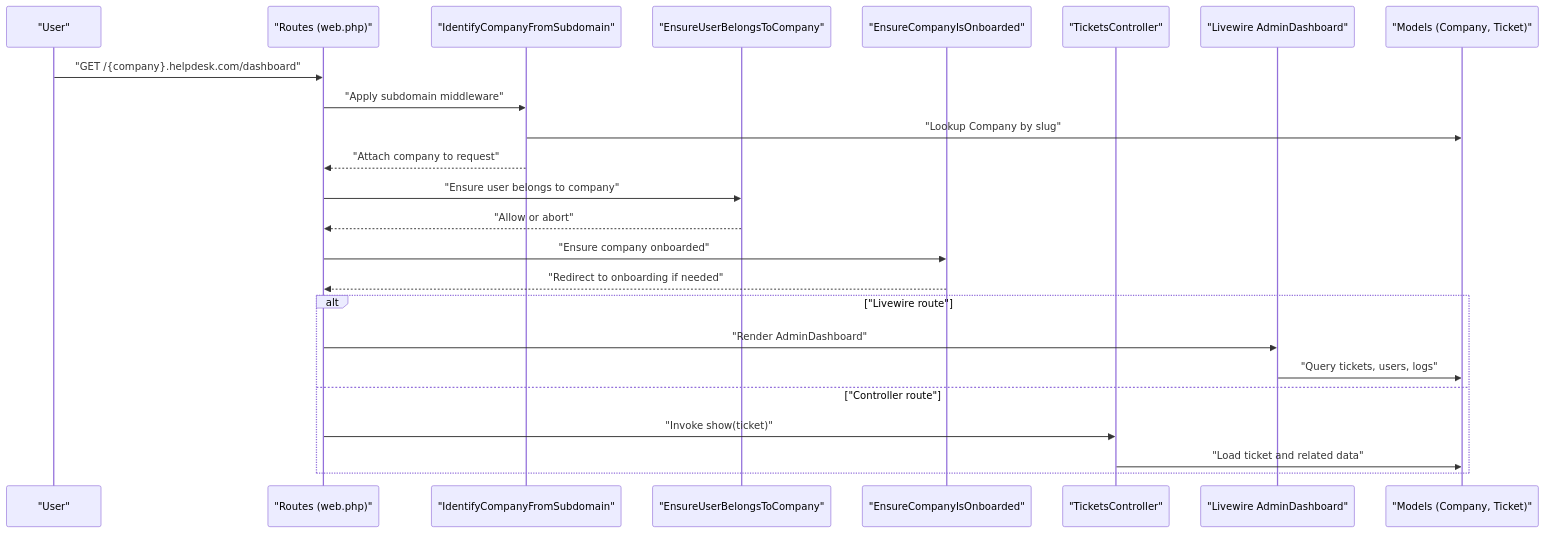
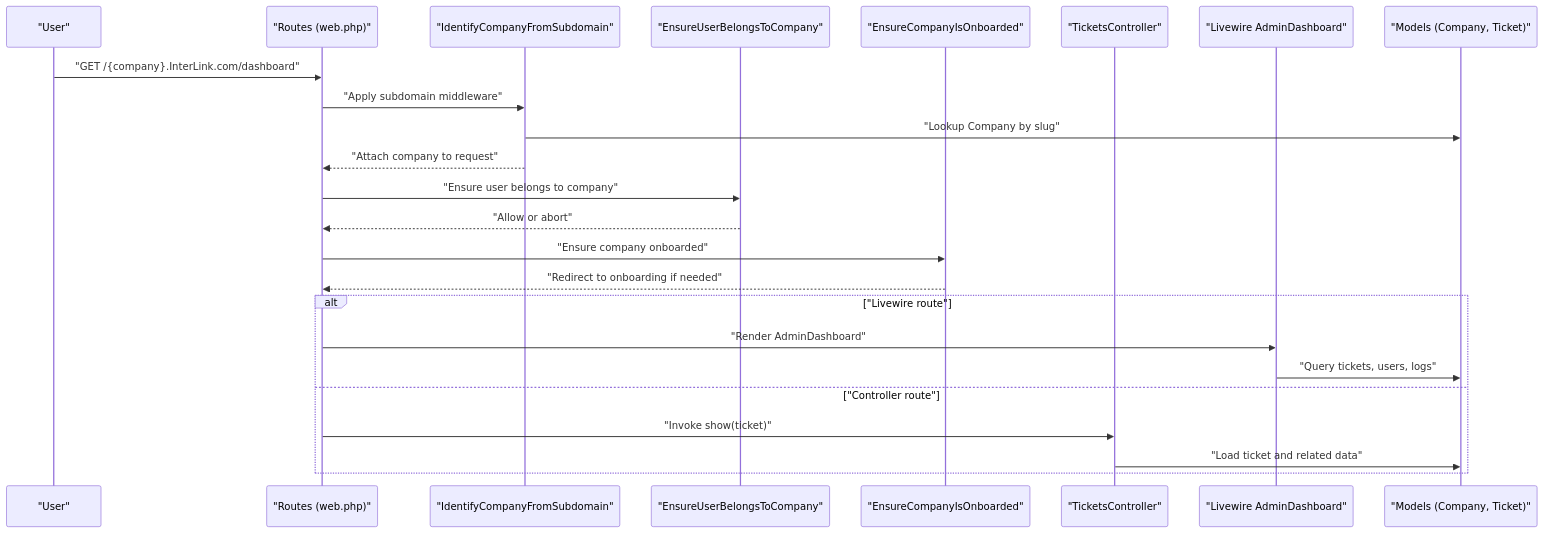
The second of 7 diagrams in .qoder/repowiki/en/content/Project Overview/Core Architecture.md (younesgamer68/Internship-management-Platforme), drawn with Mermaid before and after one commit. The commit also changed other lines of this file and 175 other files, not shown here.

````diff
--- a/.qoder/repowiki/en/content/Project Overview/Core Architecture.md
+++ b/.qoder/repowiki/en/content/Project Overview/Core Architecture.md
@@ -118,26 +118,26 @@
 ```mermaid
 sequenceDiagram
 participant U as "User"
 participant R as "Routes (web.php)"
 participant MW1 as "IdentifyCompanyFromSubdomain"
 participant MW2 as "EnsureUserBelongsToCompany"
 participant MW3 as "EnsureCompanyIsOnboarded"
 participant C as "TicketsController"
 participant L as "Livewire AdminDashboard"
 participant M as "Models (Company, Ticket)"
-U->>R : "GET /{company}.helpdesk.com/dashboard"
+U->>R : "GET /{company}.InterLink.com/dashboard"
 R->>MW1 : "Apply subdomain middleware"
 MW1->>M : "Lookup Company by slug"
 MW1-->>R : "Attach company to request"
 R->>MW2 : "Ensure user belongs to company"
 MW2-->>R : "Allow or abort"
 R->>MW3 : "Ensure company onboarded"
 MW3-->>R : "Redirect to onboarding if needed"
 alt "Livewire route"
 R->>L : "Render AdminDashboard"
 L->>M : "Query tickets, users, logs"
 else "Controller route"
 R->>C : "Invoke show(ticket)"
 C->>M : "Load ticket and related data"
 end
 ```
````
